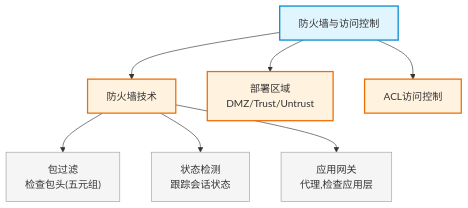
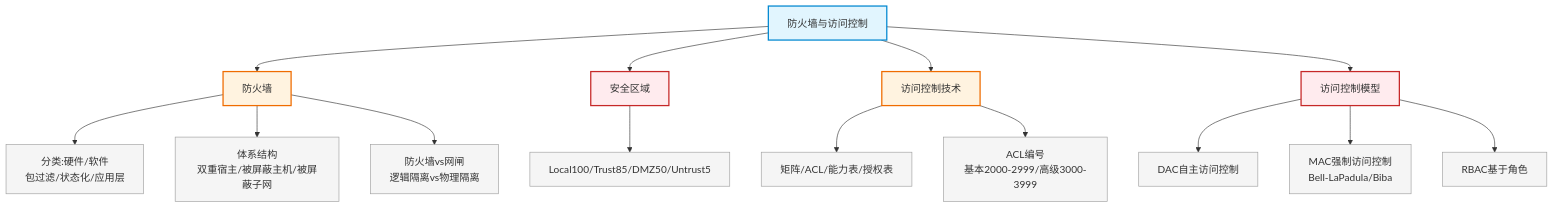
Before and after one commit to silverbulle/Network_Planning_and_Design: the diagram in network-security/19_firewall_and_acl.md, drawn with Mermaid. The commit also changed other lines of this file and 2 other files, not shown here.

First line of the commit message:
feat: supplement Ch19 firewall and ACL with PDF content

````diff
--- a/network-security/19_firewall_and_acl.md
+++ b/network-security/19_firewall_and_acl.md
@@ -9,18 +8,35 @@
 ```mermaid
 flowchart TD
-    A["防火墙与访问控制"] --> B["防火墙技术"]
-    A --> C["部署区域<br>DMZ/Trust/Untrust"]
-    A --> D["ACL访问控制"]
+    A["防火墙与访问控制"] --> B["防火墙"]
+    A --> C["安全区域"]
+    A --> D["访问控制技术"]
+    A --> E["访问控制模型"]
 
-    B --> B1["包过滤<br>检查包头(五元组)"]
-    B --> B2["状态检测<br>跟踪会话状态"]
-    B --> B3["应用网关<br>代理,检查应用层"]
+    B --> B1["分类:硬件/软件<br>包过滤/状态化/应用层"]
+    B --> B2["体系结构<br>双重宿主/被屏蔽主机/被屏蔽子网"]
+    B --> B3["防火墙vs网闸<br>逻辑隔离vs物理隔离"]
+
+    C --> C1["Local100/Trust85/DMZ50/Untrust5"]
+
+    D --> D1["矩阵/ACL/能力表/授权表"]
+    D --> D2["ACL编号<br>基本2000-2999/高级3000-3999"]
+
+    E --> E1["DAC自主访问控制"]
+    E --> E2["MAC强制访问控制<br>Bell-LaPadula/Biba"]
+    E --> E3["RBAC基于角色"]
 
     style A fill:#e1f5fe,stroke:#0288d1,stroke-width:2px
     style B fill:#fff3e0,stroke:#ef6c00,stroke-width:2px
-    style C fill:#fff3e0,stroke:#ef6c00,stroke-width:2px
+    style C fill:#ffebee,stroke:#c62828,stroke-width:2px
     style D fill:#fff3e0,stroke:#ef6c00,stroke-width:2px
+    style E fill:#ffebee,stroke:#c62828,stroke-width:2px
     style B1 fill:#f5f5f5,stroke:#9e9e9e
     style B2 fill:#f5f5f5,stroke:#9e9e9e
     style B3 fill:#f5f5f5,stroke:#9e9e9e
+    style C1 fill:#f5f5f5,stroke:#9e9e9e
+    style D1 fill:#f5f5f5,stroke:#9e9e9e
+    style D2 fill:#f5f5f5,stroke:#9e9e9e
+    style E1 fill:#f5f5f5,stroke:#9e9e9e
+    style E2 fill:#f5f5f5,stroke:#9e9e9e
+    style E3 fill:#f5f5f5,stroke:#9e9e9e
 ```
````
